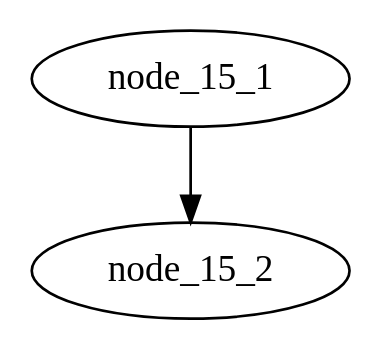
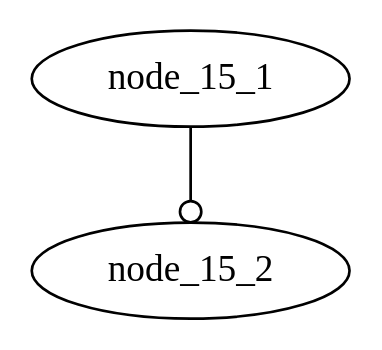
Before and after one commit to graphviz-perl/GraphViz2-Marpa: the diagram in data/15.gv, drawn with Graphviz. The commit also changed 10 other files, not shown here.

```diff
--- a/data/15.gv
+++ b/data/15.gv
@@ -1,4 +1,4 @@
 digraph graph_15
 {
-	node_15_1:port_15_1 -> node_15_2:port_15_2
+	node_15_1:port_15_1 -> node_15_2:port_15_2 [arrowhead = odot]
 }
```
